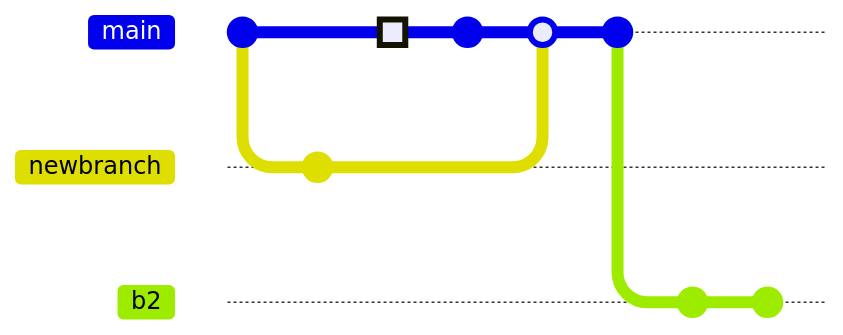
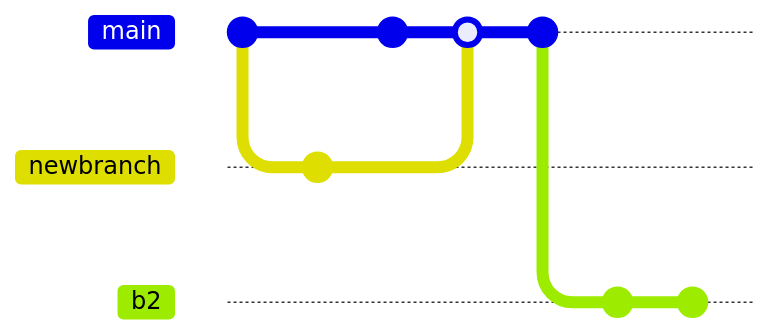
One commit to aiAdrian/flatland_solver_policy changed the second of 2 diagrams in README.md. Above: the diagram before and after it, drawn with Mermaid. Commit ids are hidden.

````diff
--- a/README.md
+++ b/README.md
@@ -32,15 +32,14 @@
 ```mermaid
 gitGraph:
     commit "Ashish"
     branch newbranch
     checkout newbranch
     commit id:"1111" 
-    checkout main
-    commit type: HIGHLIGHT
+    checkout main 
     commit
     merge newbranch
     commit id:"3333" 
     branch b2
     commit id:"4444"
     commit id:"5555"  
 ```
````
